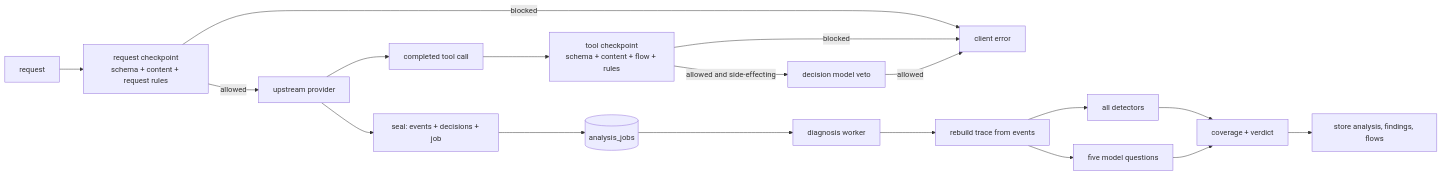
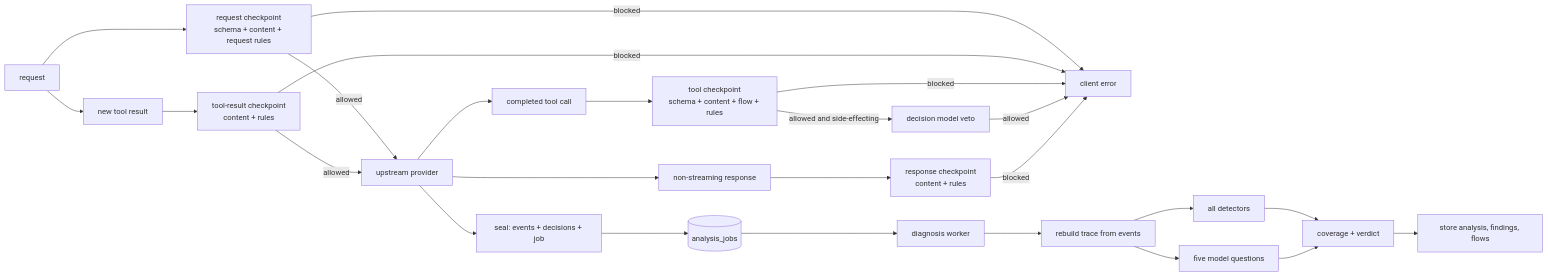
Before and after one commit to yv1ing/SafeAgent: the diagram in docs/agent/analysis.md, drawn with Mermaid. The commit also changed other lines of this file and 344 other files, not shown here.

````diff
--- a/docs/agent/analysis.md
+++ b/docs/agent/analysis.md
@@ -5,20 +5,27 @@
 ```mermaid
 flowchart LR
     Request["request"] --> Admission["request checkpoint<br/>schema + content + request rules"]
     Admission -->|allowed| Provider["upstream provider"]
     Admission -->|blocked| Client["client error"]
+    Request --> Result["new tool result"]
+    Result --> ResultGate["tool-result checkpoint<br/>content + rules"]
+    ResultGate -->|blocked| Client
+    ResultGate -->|allowed| Provider
     Provider --> Tool["completed tool call"]
     Tool --> ToolGate["tool checkpoint<br/>schema + content + flow + rules"]
     ToolGate -->|allowed and side-effecting| Veto["decision model veto"]
     ToolGate -->|blocked| Client
     Veto -->|allowed| Client
+    Provider --> Response["non-streaming response"]
+    Response --> ResponseGate["response checkpoint<br/>content + rules"]
+    ResponseGate -->|blocked| Client
     Provider --> Seal["seal: events + decisions + job"]
     Seal --> DB[("analysis_jobs")]
     DB --> Worker["diagnosis worker"]
     Worker --> Replay["rebuild trace from events"]
     Replay --> Detectors["all detectors"]
     Replay --> Questions["five model questions"]
     Detectors --> Verdict["coverage + verdict"]
     Questions --> Verdict
     Verdict --> Store["store analysis, findings, flows"]
 ```
````
